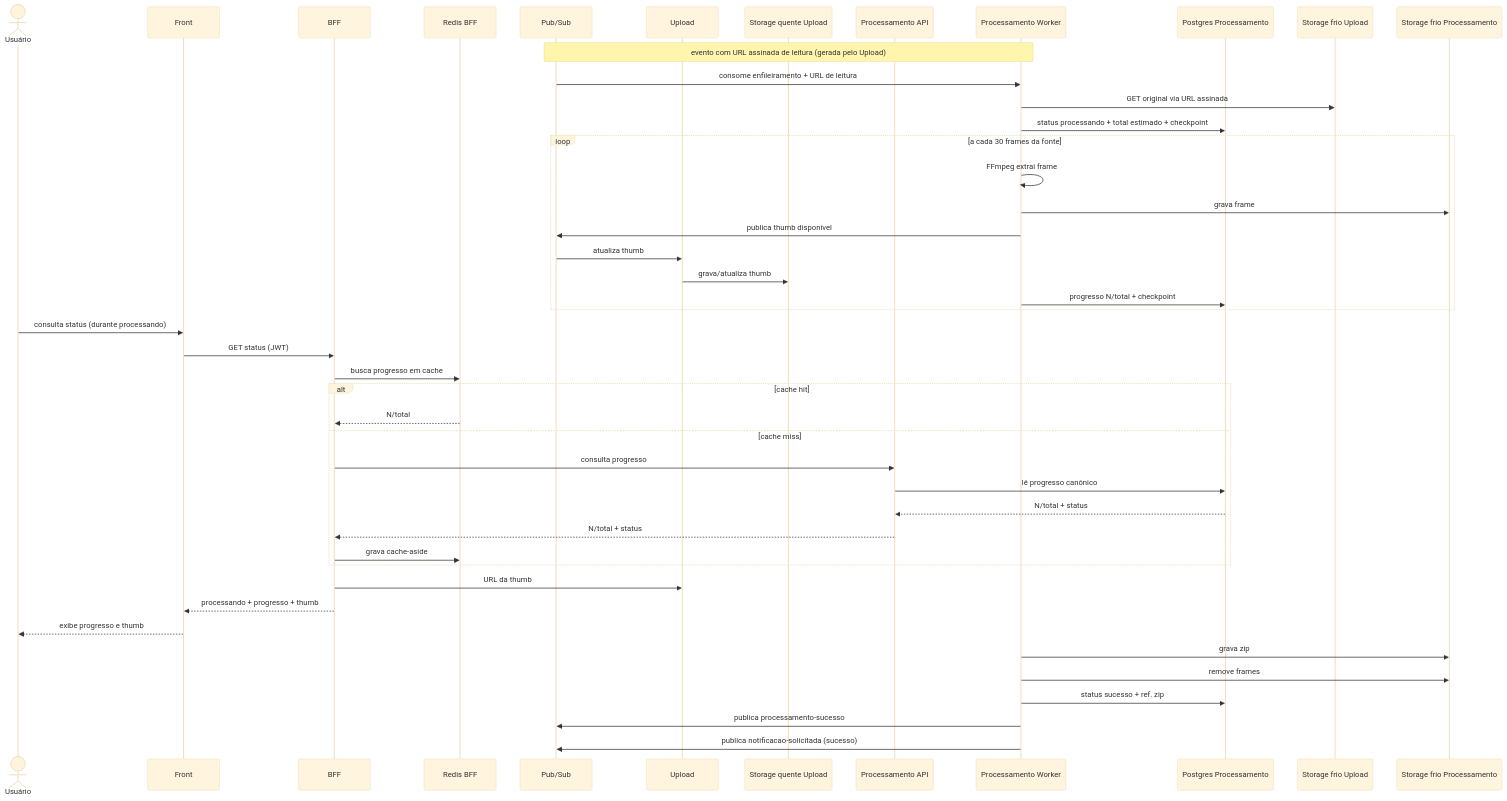
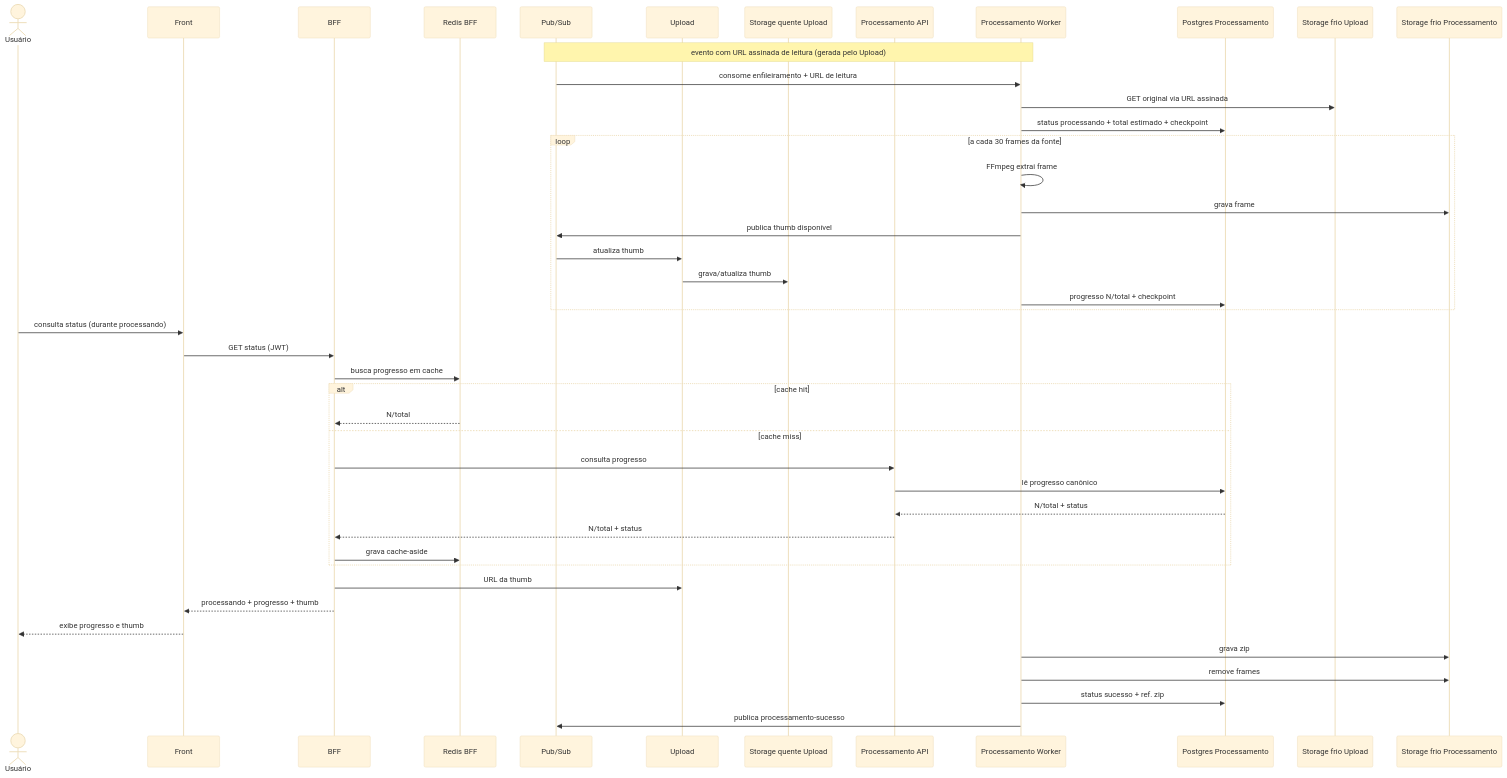
The diagram in fluxo-e-estados/02_caminho-feliz-processamento.md (fiap-x-vcosta/docs), drawn with Mermaid (base theme) before and after one commit. The commit also changed other lines of this file and 15 other files, not shown here.

````diff
--- a/fluxo-e-estados/02_caminho-feliz-processamento.md
+++ b/fluxo-e-estados/02_caminho-feliz-processamento.md
@@ -1,51 +1,50 @@
 ```mermaid
 sequenceDiagram
   actor U as Usuário
   participant Web as Front
   participant BFF as BFF
   participant Redis as Redis BFF
   participant Bus as Pub/Sub
   participant Up as Upload
   participant Quente as Storage quente Upload
   participant Api as Processamento API
   participant Worker as Processamento Worker
   participant PGP as Postgres Processamento
   participant FrioUp as Storage frio Upload
   participant FrioProc as Storage frio Processamento
 
   Note over Bus,Worker: evento com URL assinada de leitura (gerada pelo Upload)
   Bus->>Worker: consome enfileiramento + URL de leitura
   Worker->>FrioUp: GET original via URL assinada
   Worker->>PGP: status processando + total estimado + checkpoint
 
   loop a cada 30 frames da fonte
     Worker->>Worker: FFmpeg extrai frame
     Worker->>FrioProc: grava frame
     Worker->>Bus: publica thumb disponível
     Bus->>Up: atualiza thumb
     Up->>Quente: grava/atualiza thumb
     Worker->>PGP: progresso N/total + checkpoint
   end
 
   U->>Web: consulta status (durante processando)
   Web->>BFF: GET status (JWT)
   BFF->>Redis: busca progresso em cache
   alt cache hit
     Redis-->>BFF: N/total
   else cache miss
     BFF->>Api: consulta progresso
     Api->>PGP: lê progresso canônico
     PGP-->>Api: N/total + status
     Api-->>BFF: N/total + status
     BFF->>Redis: grava cache-aside
   end
   BFF->>Up: URL da thumb
   BFF-->>Web: processando + progresso + thumb
   Web-->>U: exibe progresso e thumb
 
   Worker->>FrioProc: grava zip
   Worker->>FrioProc: remove frames
   Worker->>PGP: status sucesso + ref. zip
   Worker->>Bus: publica processamento-sucesso
-  Worker->>Bus: publica notificacao-solicitada (sucesso)
 ```
````
